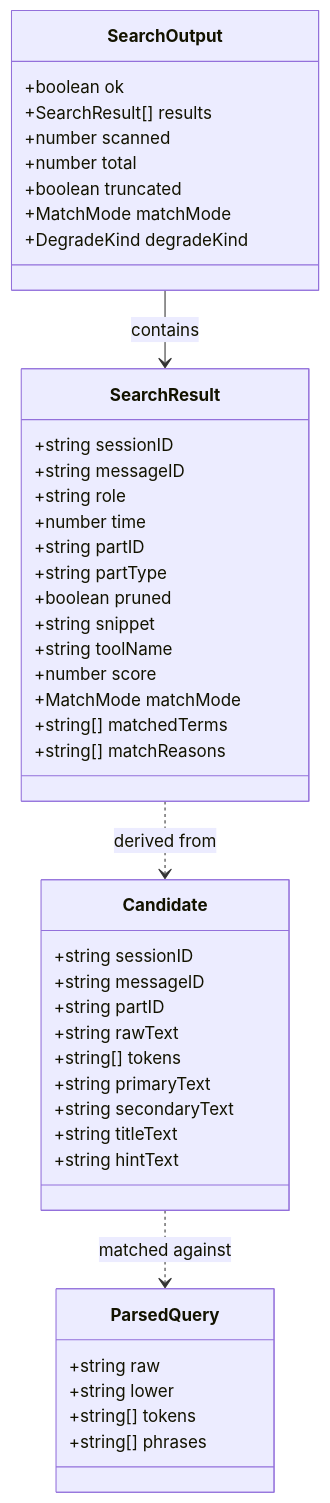
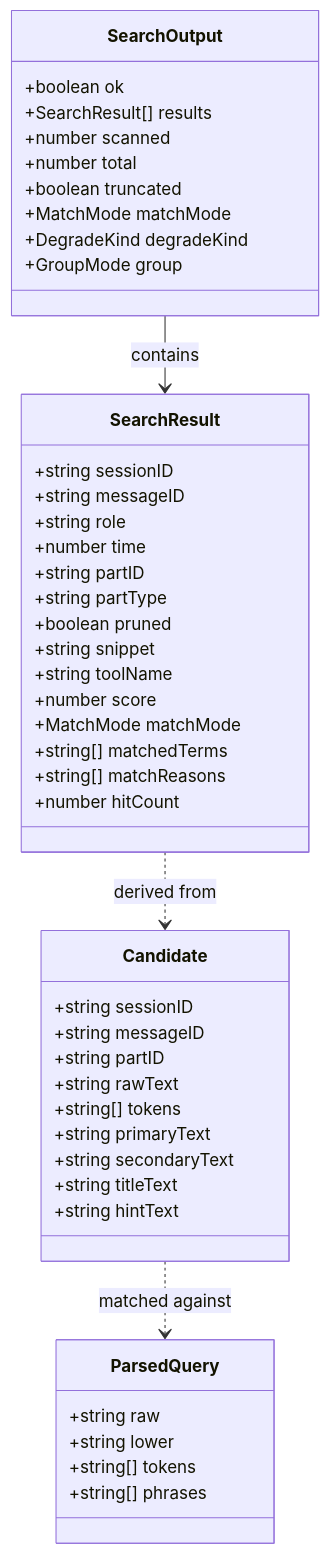
The fifth of 5 diagrams in CONTRIBUTING.md (rmk40/opencode-session-recall), drawn with Mermaid before and after one commit. The commit also changed other lines of this file and 5 other files, not shown here.

````diff
--- a/CONTRIBUTING.md
+++ b/CONTRIBUTING.md
@@ -279,51 +288,53 @@
 ```mermaid
 classDiagram
     class SearchResult {
         +string sessionID
         +string messageID
         +string role
         +number time
         +string partID
         +string partType
         +boolean pruned
         +string snippet
         +string toolName
         +number score
         +MatchMode matchMode
         +string[] matchedTerms
         +string[] matchReasons
+        +number hitCount
     }
 
     class SearchOutput {
         +boolean ok
         +SearchResult[] results
         +number scanned
         +number total
         +boolean truncated
         +MatchMode matchMode
         +DegradeKind degradeKind
+        +GroupMode group
     }
 
     class Candidate {
         +string sessionID
         +string messageID
         +string partID
         +string rawText
         +string[] tokens
         +string primaryText
         +string secondaryText
         +string titleText
         +string hintText
     }
 
     class ParsedQuery {
         +string raw
         +string lower
         +string[] tokens
         +string[] phrases
     }
 
     SearchOutput --> SearchResult : contains
     SearchResult ..> Candidate : derived from
     Candidate ..> ParsedQuery : matched against
 ```
````
